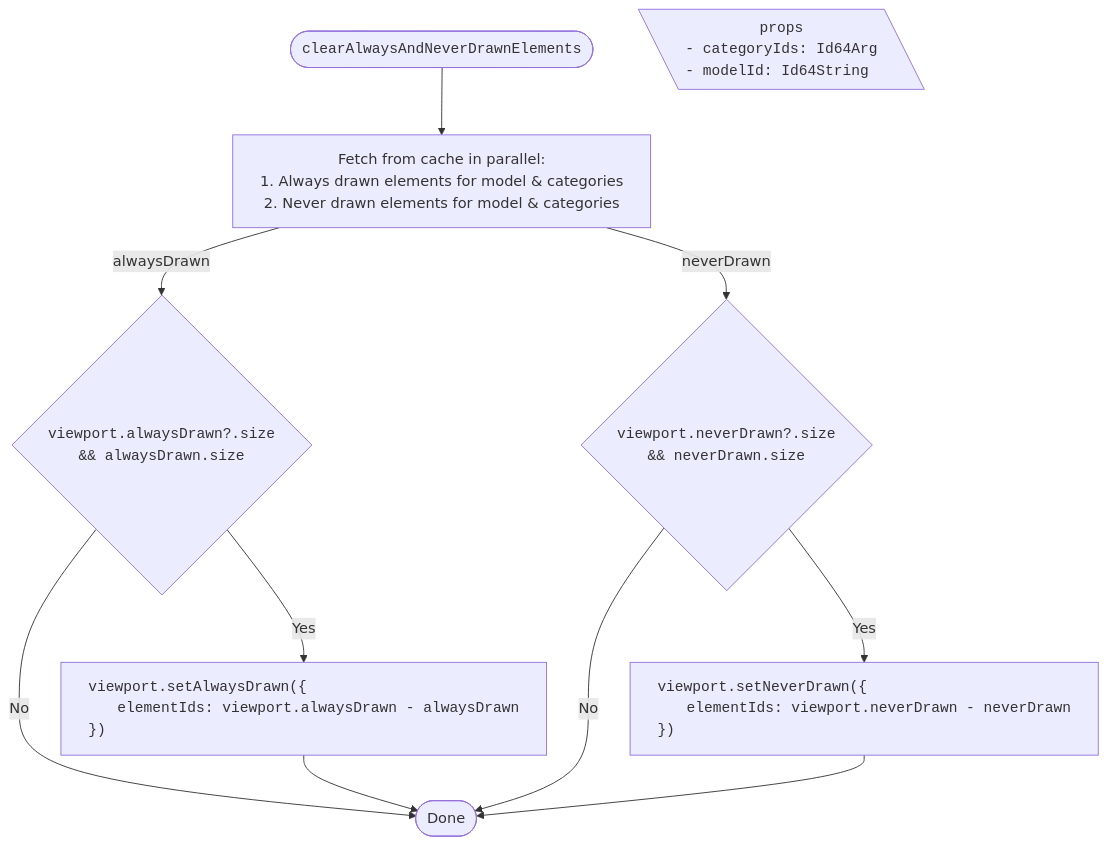
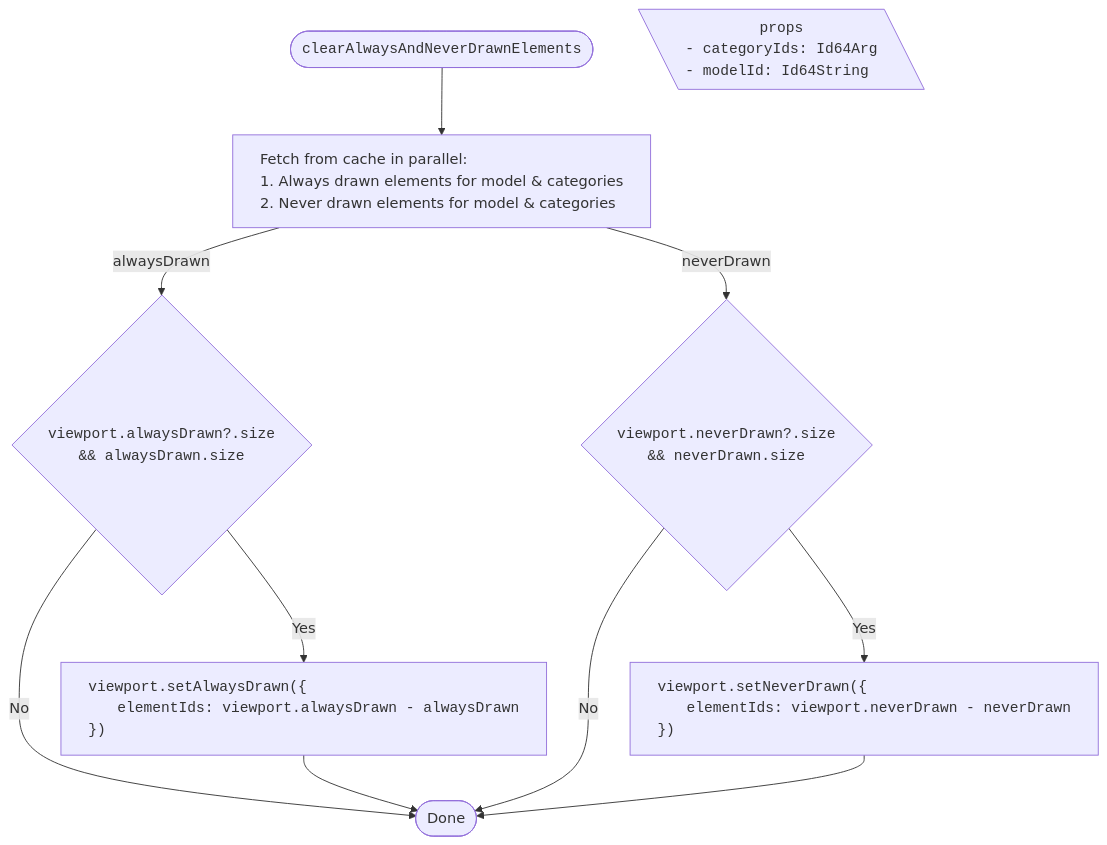
Before and after one commit to iTwin/viewer-components-react: diagram 14 of 14 in packages/itwin/tree-widget/docs/SharedVisibilityHandling.md, drawn with Mermaid. The commit also changed other lines of this file, not shown here.

Commit message:
Left align lists, remove monospace where its not needed

````diff
--- a/packages/itwin/tree-widget/docs/SharedVisibilityHandling.md
+++ b/packages/itwin/tree-widget/docs/SharedVisibilityHandling.md
@@ -876,33 +877,35 @@
 ```mermaid
 ---
 config:
   flowchart:
     wrappingWidth: 750
     useMaxWidth: false
 ---
 
 flowchart TD
   RESULT_Done([Done])
 
   %% Start
-  TITLE(["<span style='font-family: monospace;'>clearAlwaysAndNeverDrawnElements</span>"]) --> A["Fetch from cache in parallel:<br/>1. Always drawn elements for model & categories <br/>2. Never drawn elements for model & categories"]
+  TITLE(["<span style='font-family: monospace;'>clearAlwaysAndNeverDrawnElements</span>"]) --> A["<div style='text-align: left;'>Fetch from cache in parallel:
+  1. Always drawn elements for model & categories
+  2. Never drawn elements for model & categories</div>"]
 
   PROPS[\"
     <span style='font-family: monospace;'>props</span>
     <span style='display: block; text-align: left; font-family: monospace;'>- categoryIds: Id64Arg<br/> - modelId: Id64String</span>
   "\]
 
   A -- "alwaysDrawn" --> B1{"<span style='font-family: monospace;'>viewport.alwaysDrawn?.size<br/> && alwaysDrawn.size </span>"}
   B1 -- Yes --> B2["<div style='text-align: left; font-family: monospace;'>viewport.setAlwaysDrawn({
     <span style='padding-left: 2rem;'>elementIds: viewport.alwaysDrawn - alwaysDrawn</span>
     })</div>"]
   B1 -- No --> RESULT_Done
   B2 --> RESULT_Done
 
   A -- "neverDrawn" --> C1{"<span style='font-family: monospace;'>viewport.neverDrawn?.size<br/> && neverDrawn.size </span>"}
   C1 -- Yes --> C2["<div style='text-align: left; font-family: monospace;'>viewport.setNeverDrawn({
     <span style='padding-left: 2rem;'>elementIds: viewport.neverDrawn - neverDrawn</span>
     })</div>"]
   C1 -- No --> RESULT_Done
   C2 --> RESULT_Done
 ```
````
